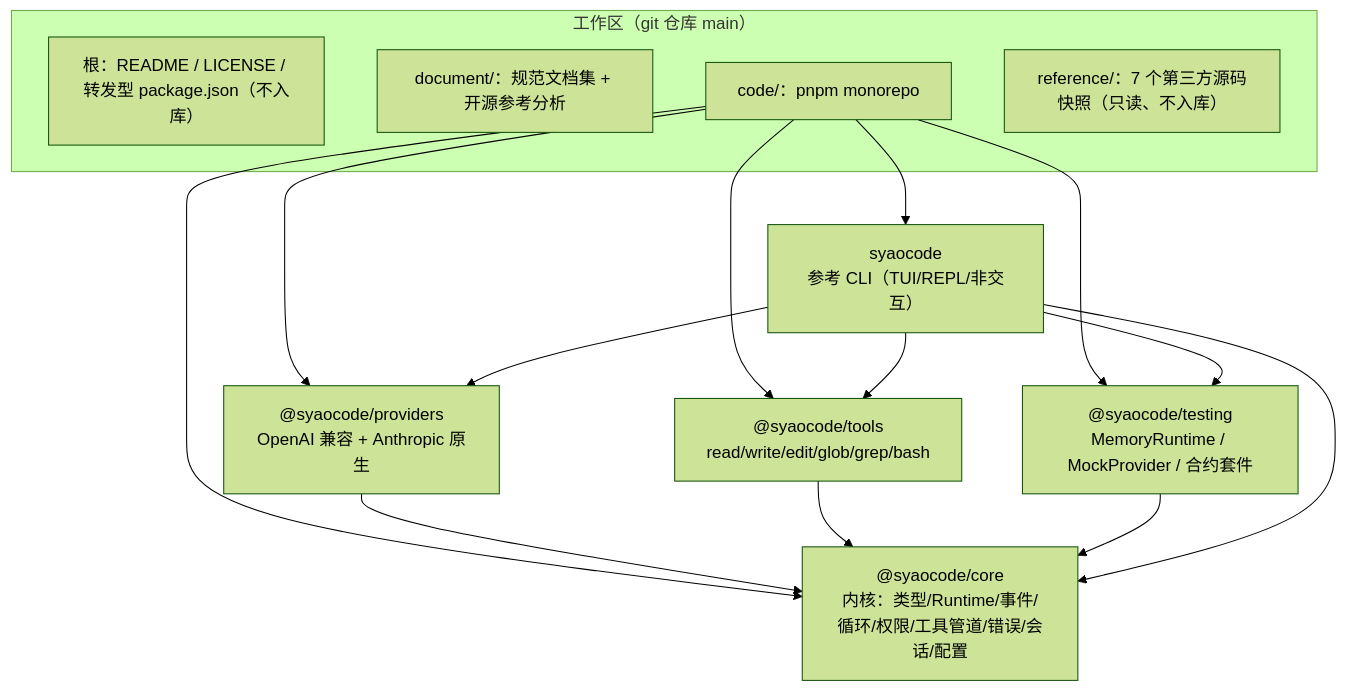
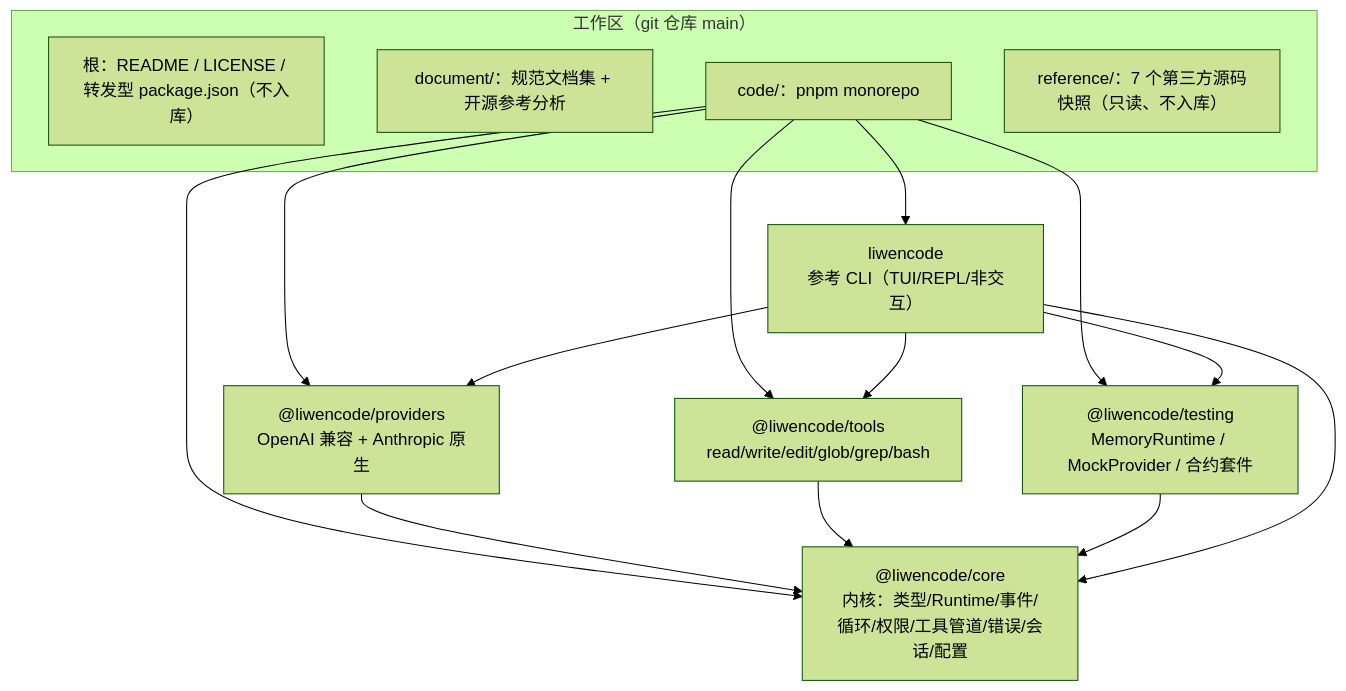
One commit to wenhuang2333/SYAOCode changed the first of 5 diagrams in 概览.md. Above: the diagram before and after it, drawn with Mermaid (forest theme). The commit also changed other lines of this file and 323 other files, not shown here.

First line of the commit message:
Rename SYAOCode to LIWENCode and migrate legacy data directories

````diff
--- a/概览.md
+++ b/概览.md
@@ -67,21 +67,21 @@
 ```mermaid
 graph TD
   subgraph workspace["工作区（git 仓库 main）"]
     ROOT["根：README / LICENSE / 转发型 package.json（不入库）"]
     DOC["document/：规范文档集 + 开源参考分析"]
     CODE["code/：pnpm monorepo"]
     REF["reference/：7 个第三方源码快照（只读、不入库）"]
   end
-  CODE --> CORE["@syaocode/core\n内核：类型/Runtime/事件/循环/权限/工具管道/错误/会话/配置"]
-  CODE --> PROV["@syaocode/providers\nOpenAI 兼容 + Anthropic 原生"]
-  CODE --> TOOLS["@syaocode/tools\nread/write/edit/glob/grep/bash"]
-  CODE --> TEST["@syaocode/testing\nMemoryRuntime / MockProvider / 合约套件"]
-  CODE --> CLI["syaocode\n参考 CLI（TUI/REPL/非交互）"]
+  CODE --> CORE["@liwencode/core\n内核：类型/Runtime/事件/循环/权限/工具管道/错误/会话/配置"]
+  CODE --> PROV["@liwencode/providers\nOpenAI 兼容 + Anthropic 原生"]
+  CODE --> TOOLS["@liwencode/tools\nread/write/edit/glob/grep/bash"]
+  CODE --> TEST["@liwencode/testing\nMemoryRuntime / MockProvider / 合约套件"]
+  CODE --> CLI["liwencode\n参考 CLI（TUI/REPL/非交互）"]
   PROV --> CORE
   TOOLS --> CORE
   TEST --> CORE
   CLI --> CORE
   CLI --> PROV
   CLI --> TOOLS
   CLI --> TEST
 ```
````
